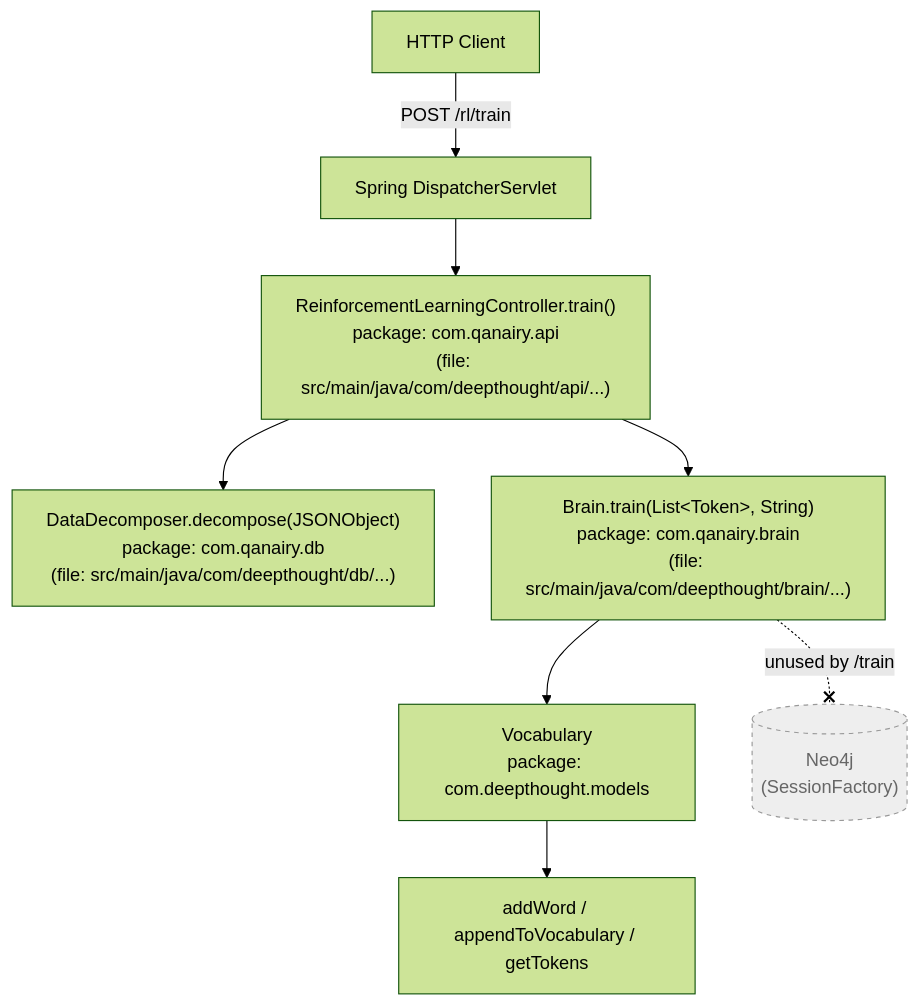
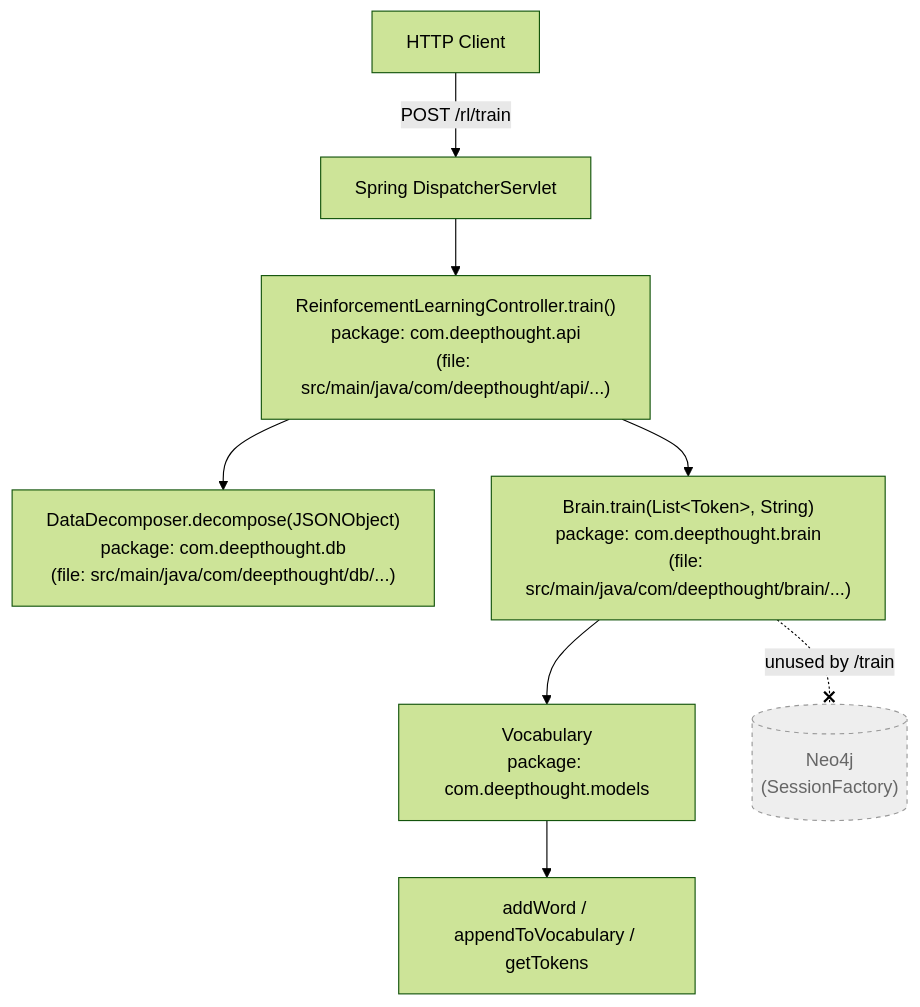
One commit to brandonkindred/Deepthought changed the second of 6 diagrams in docs/TRAIN_ENDPOINT.md. Above: the diagram before and after it, drawn with Mermaid (forest theme). The commit also changed other lines of this file and 41 other files, not shown here.

First line of the commit message:
refactor: replace all qanairy references with deepthought

````diff
--- a/docs/TRAIN_ENDPOINT.md
+++ b/docs/TRAIN_ENDPOINT.md
@@ -110,14 +110,14 @@
 ```mermaid
 flowchart TD
     A[HTTP Client] -->|POST /rl/train| B[Spring DispatcherServlet]
-    B --> C["ReinforcementLearningController.train()<br/>package: com.qanairy.api<br/>(file: src/main/java/com/deepthought/api/...)"]
-    C --> D["DataDecomposer.decompose(JSONObject)<br/>package: com.qanairy.db<br/>(file: src/main/java/com/deepthought/db/...)"]
-    C --> E["Brain.train(List&lt;Token&gt;, String)<br/>package: com.qanairy.brain<br/>(file: src/main/java/com/deepthought/brain/...)"]
+    B --> C["ReinforcementLearningController.train()<br/>package: com.deepthought.api<br/>(file: src/main/java/com/deepthought/api/...)"]
+    C --> D["DataDecomposer.decompose(JSONObject)<br/>package: com.deepthought.db<br/>(file: src/main/java/com/deepthought/db/...)"]
+    C --> E["Brain.train(List&lt;Token&gt;, String)<br/>package: com.deepthought.brain<br/>(file: src/main/java/com/deepthought/brain/...)"]
     E --> F["Vocabulary<br/>package: com.deepthought.models"]
     F --> G["addWord / appendToVocabulary / getTokens"]
 
     Neo4j[("Neo4j<br/>(SessionFactory)")]:::ext
     E -. unused by /train .-x Neo4j
 
     classDef ext fill:#eee,stroke:#999,stroke-dasharray: 4 4,color:#666;
 ```
````
